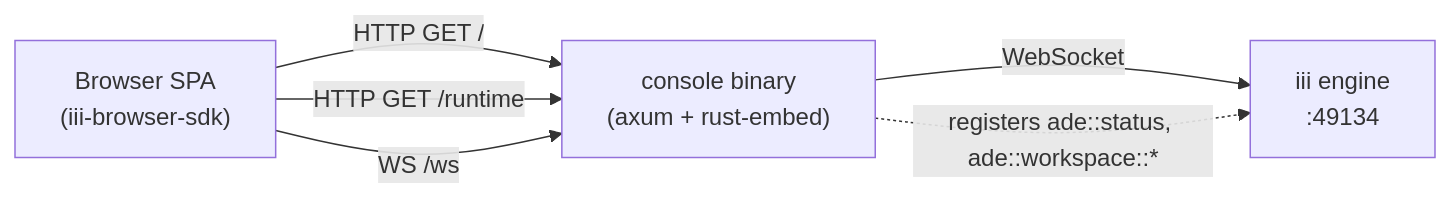
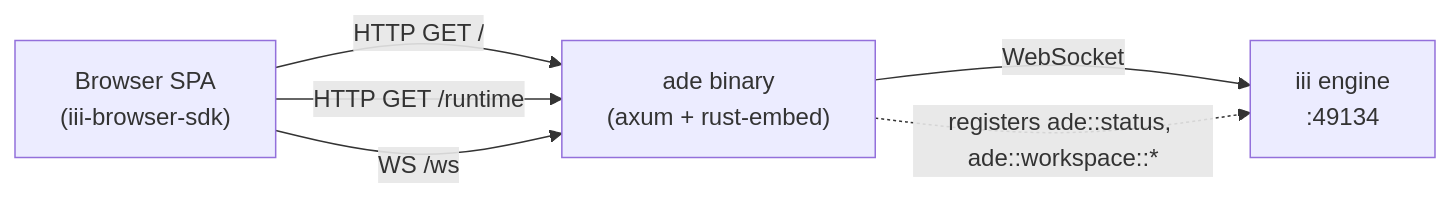
The diagram in ade/README.md (iii-hq/workers), drawn with Mermaid before and after one commit. The commit also changed other lines of this file and 109 other files, not shown here.

First line of the commit message:
docs: call the console worker the ADE worker (MOT-5611)

````diff
--- a/ade/README.md
+++ b/ade/README.md
@@ -249,8 +249,8 @@
 ```mermaid
 flowchart LR
-    Browser["Browser SPA<br/>(iii-browser-sdk)"] -->|"HTTP GET /"| Console
-    Browser -->|"HTTP GET /runtime"| Console
-    Browser -->|"WS /ws"| Console
-    Console["console binary<br/>(axum + rust-embed)"] -->|"WebSocket"| Engine["iii engine<br/>:49134"]
-    Console -. "registers ade::status, ade::workspace::*" .-> Engine
+    Browser["Browser SPA<br/>(iii-browser-sdk)"] -->|"HTTP GET /"| ADE
+    Browser -->|"HTTP GET /runtime"| ADE
+    Browser -->|"WS /ws"| ADE
+    ADE["ade binary<br/>(axum + rust-embed)"] -->|"WebSocket"| Engine["iii engine<br/>:49134"]
+    ADE -. "registers ade::status, ade::workspace::*" .-> Engine
 ```
````
